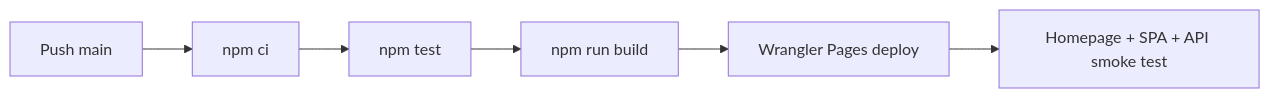
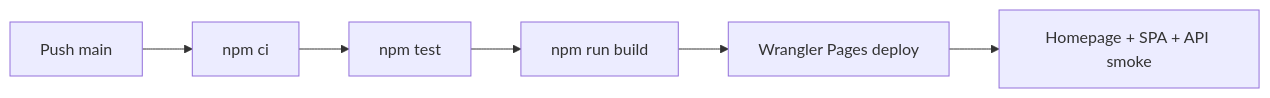
Before and after one commit to T-1009/personal-assistant: the second of 2 diagrams in personal-assistant-meta/architecture/cloud-service/cloudflare/pages.md, drawn with Mermaid. The commit also changed other lines of this file and 105 other files, not shown here.

````diff
--- a/personal-assistant-meta/architecture/cloud-service/cloudflare/pages.md
+++ b/personal-assistant-meta/architecture/cloud-service/cloudflare/pages.md
@@ -174,8 +173,8 @@
 ```mermaid
 flowchart LR
     Push["Push main"] --> Install["npm ci"]
     Install --> Test["npm test"]
     Test --> Build["npm run build"]
     Build --> Deploy["Wrangler Pages deploy"]
-    Deploy --> Smoke["Homepage + SPA + API smoke test"]
+    Deploy --> Smoke["Homepage + SPA + API smoke"]
 ```
````
